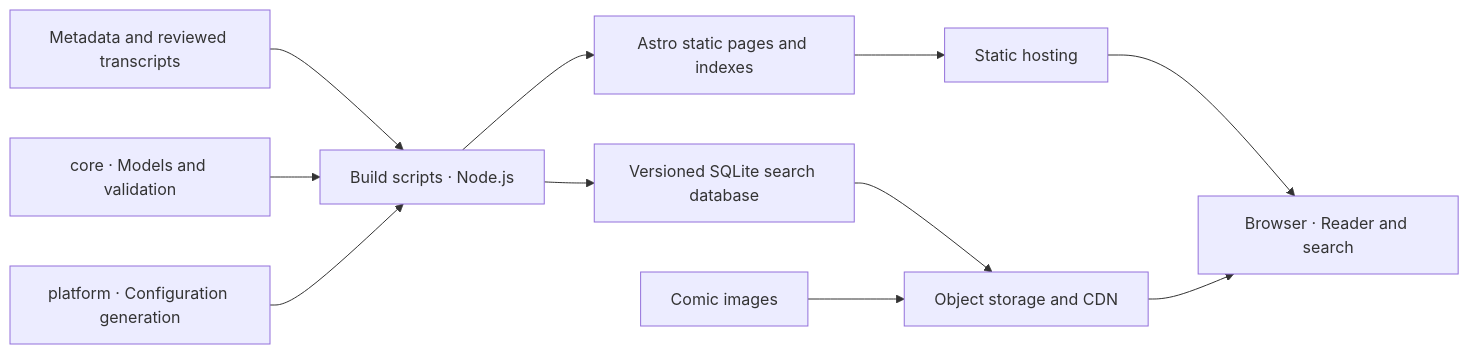
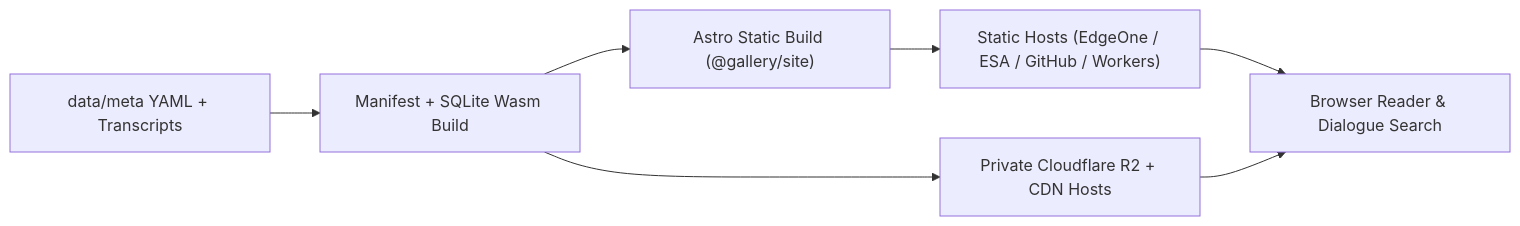
Before and after one commit to CyberNova2333/pagehaven: the diagram in README.en.md, drawn with Mermaid. The commit also changed other lines of this file and 39 other files, not shown here.

````diff
--- a/README.en.md
+++ b/README.en.md
@@ -251,13 +18,9 @@
 ```mermaid
 flowchart LR
-    INPUT["Metadata and reviewed transcripts"] --> BUILD["Build scripts · Node.js"]
-    CORE["core · Models and validation"] --> BUILD
-    PLATFORM["platform · Configuration generation"] --> BUILD
-    BUILD --> SITE["Astro static pages and indexes"]
-    BUILD --> DB["Versioned SQLite search database"]
-    SITE --> HOST["Static hosting"]
-    DB --> CDN["Object storage and CDN"]
-    IMAGES["Comic images"] --> CDN
-    HOST --> BROWSER["Browser · Reader and search"]
-    CDN --> BROWSER
+  A["data/meta YAML + Transcripts"] --> B["Manifest + SQLite Wasm Build"]
+  B --> C["Astro Static Build (@gallery/site)"]
+  C --> D["Static Hosts (EdgeOne / ESA / GitHub / Workers)"]
+  B --> E["Private Cloudflare R2 + CDN Hosts"]
+  D --> F["Browser Reader & Dialogue Search"]
+  E --> F
 ```
````
